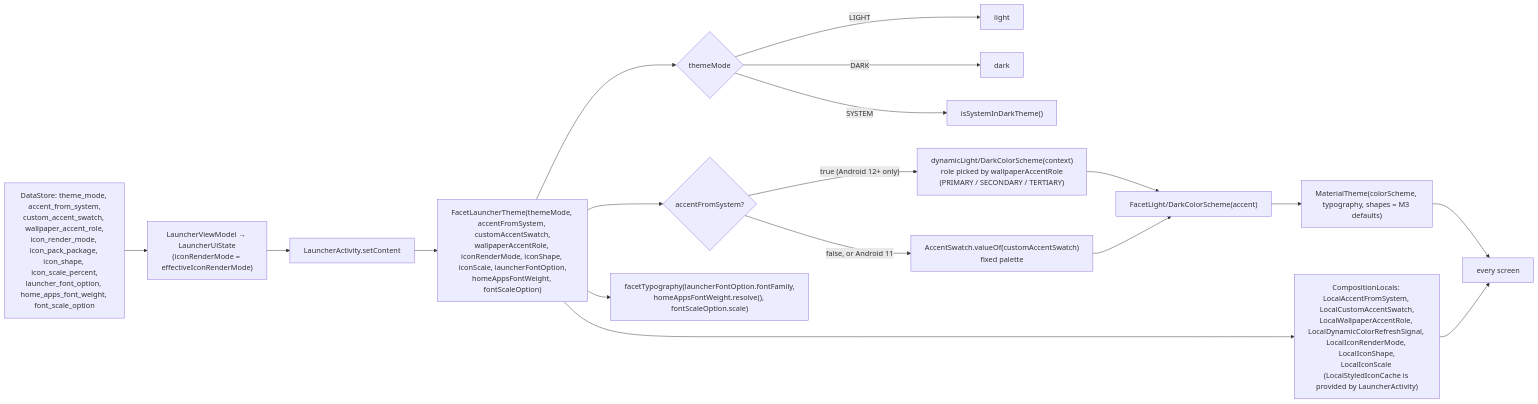
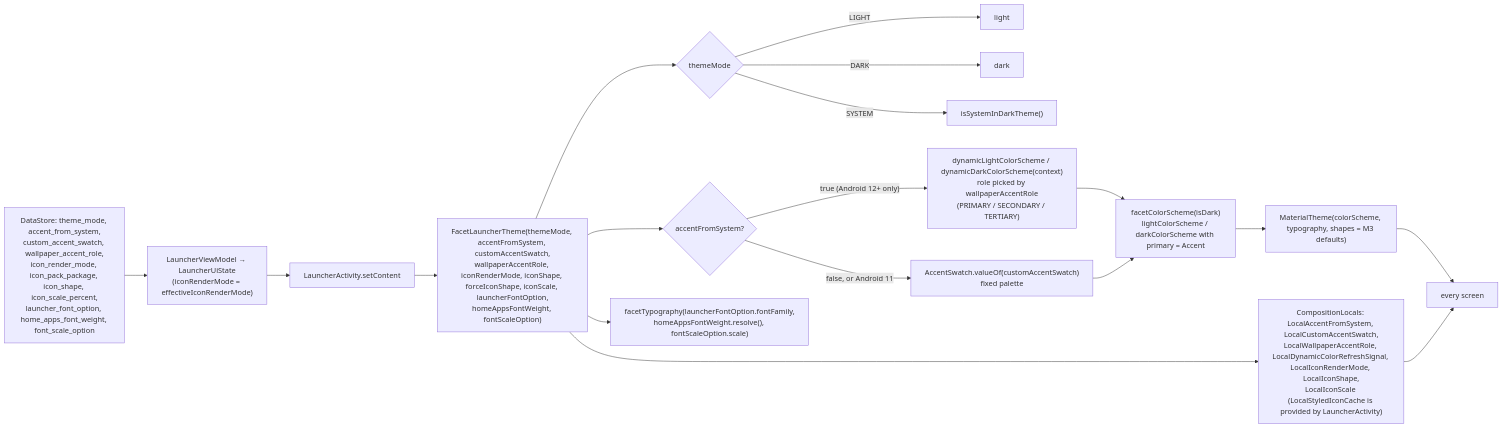
The second of 5 diagrams in docs/architecture/13-flow-facets-theme-notifications-onboarding.md (rohitganjam/facet-launcher), drawn with Mermaid before and after one commit. The commit also changed other lines of this file and 38 other files, not shown here.

````diff
--- a/docs/architecture/13-flow-facets-theme-notifications-onboarding.md
+++ b/docs/architecture/13-flow-facets-theme-notifications-onboarding.md
@@ -222,20 +219,20 @@
 ```mermaid
 flowchart LR
     DS["DataStore: theme_mode, accent_from_system,\ncustom_accent_swatch, wallpaper_accent_role,\nicon_render_mode, icon_pack_package, icon_shape, icon_scale_percent,\nlauncher_font_option, home_apps_font_weight, font_scale_option"] --> LVM["LauncherViewModel → LauncherUiState\n(iconRenderMode = effectiveIconRenderMode)"]
     LVM --> ACT["LauncherActivity.setContent"]
-    ACT --> T["FacetLauncherTheme(themeMode, accentFromSystem, customAccentSwatch,\nwallpaperAccentRole, iconRenderMode, iconShape, iconScale, launcherFontOption,\nhomeAppsFontWeight, fontScaleOption)"]
+    ACT --> T["FacetLauncherTheme(themeMode, accentFromSystem, customAccentSwatch,\nwallpaperAccentRole, iconRenderMode, iconShape, forceIconShape, iconScale, launcherFontOption,\nhomeAppsFontWeight, fontScaleOption)"]
     T --> DARK{"themeMode"}
     DARK -- LIGHT --> L[light]
     DARK -- DARK --> D[dark]
     DARK -- SYSTEM --> SYS["isSystemInDarkTheme()"]
     T --> ACC{"accentFromSystem?"}
-    ACC -- "true (Android 12+ only)" --> DYN["dynamicLight/DarkColorScheme(context)\nrole picked by wallpaperAccentRole\n(PRIMARY / SECONDARY / TERTIARY)"]
+    ACC -- "true (Android 12+ only)" --> DYN["dynamicLightColorScheme / dynamicDarkColorScheme(context)\nrole picked by wallpaperAccentRole\n(PRIMARY / SECONDARY / TERTIARY)"]
     ACC -- "false, or Android 11" --> SW["AccentSwatch.valueOf(customAccentSwatch)\nfixed palette"]
-    DYN --> CS["FacetLight/DarkColorScheme(accent)"]
+    DYN --> CS["facetColorScheme(isDark)\nlightColorScheme / darkColorScheme with primary = Accent"]
     SW --> CS
     T --> TYPO["facetTypography(launcherFontOption.fontFamily,\nhomeAppsFontWeight.resolve(), fontScaleOption.scale)"]
     CS --> MT["MaterialTheme(colorScheme, typography, shapes = M3 defaults)"]
     T --> LOCALS["CompositionLocals: LocalAccentFromSystem, LocalCustomAccentSwatch,\nLocalWallpaperAccentRole, LocalDynamicColorRefreshSignal, LocalIconRenderMode, LocalIconShape,\nLocalIconScale (LocalStyledIconCache is provided by LauncherActivity)"]
     MT --> APP[every screen]
     LOCALS --> APP
 ```
````
